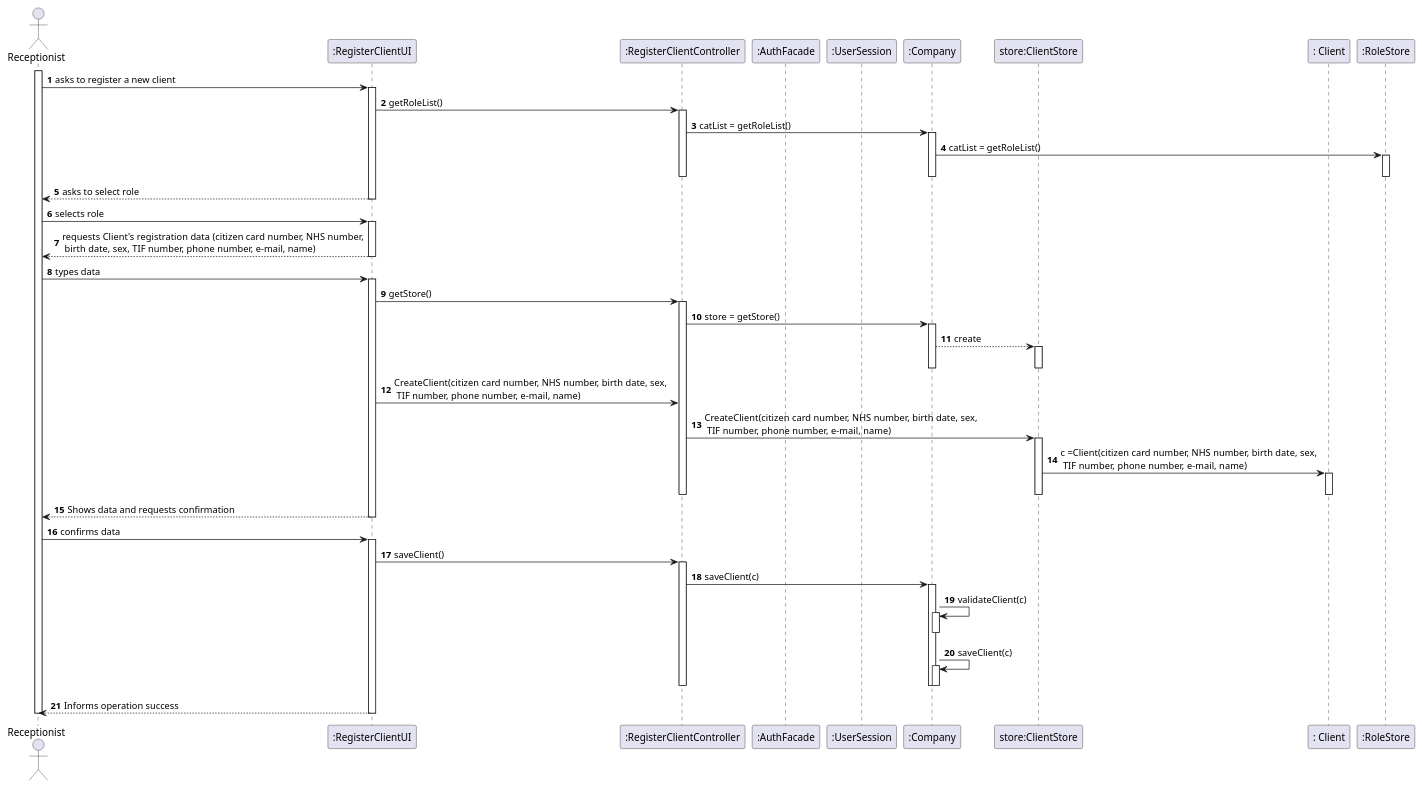
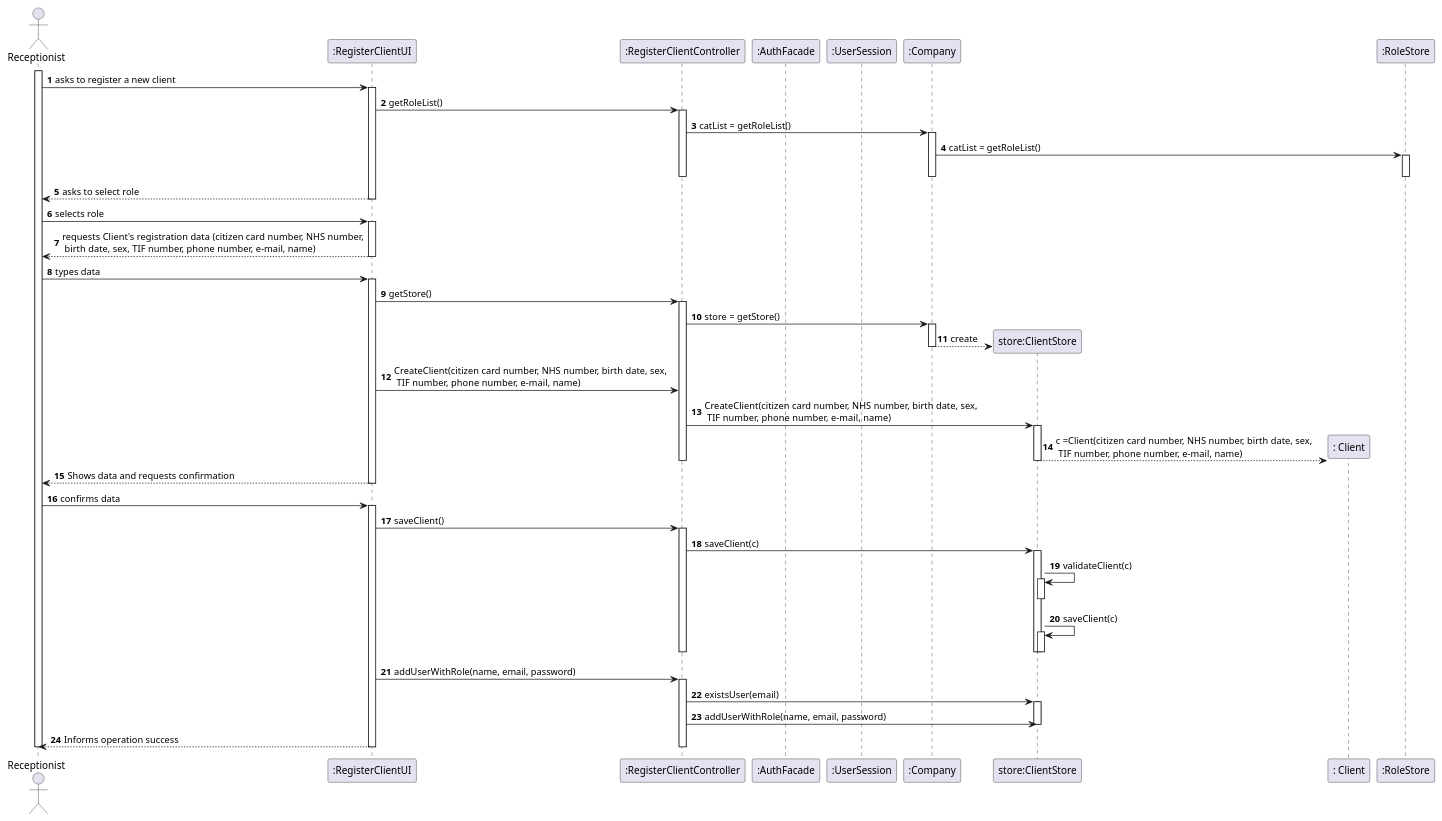
Before and after one commit to MarianaCLages/LAPR2: the diagram in docs/SprintB/US03/US3_SD.puml, drawn with PlantUML. The commit also changed 3 other files, not shown here.

```diff
--- a/docs/SprintB/US03/US3_SD.puml
+++ b/docs/SprintB/US03/US3_SD.puml
@@ -1,91 +1,94 @@
 @startuml
 autonumber
 
 actor Receptionist as R
 participant ":RegisterClientUI" as UI
 participant ":RegisterClientController" as CTRL
 participant ":AuthFacade" as Auth
 participant ":UserSession" as User
 participant ":Company" as COMPANY
 participant "store:ClientStore" as S
 participant ": Client" as C
 participant ":RoleStore" as RoleStore
 
 activate R
 R -> UI: asks to register a new client
 activate UI
 
 
 
 
 
 UI -> CTRL : getRoleList()
 
 activate CTRL
 CTRL -> COMPANY : catList = getRoleList()
 
 activate COMPANY
 
 COMPANY -> RoleStore : catList = getRoleList()
 activate RoleStore
 deactivate RoleStore
 deactivate COMPANY
 deactivate CTRL
 UI --> R: asks to select role
 deactivate UI
 R -> UI: selects role
 
 activate UI
 
 
 
 
 UI --> R: requests Client's registration data (citizen card number, NHS number,\n birth date, sex, TIF number, phone number, e-mail, name)
 
 deactivate UI
 R -> UI: types data
 activate UI
 UI -> CTRL : getStore()
 activate CTRL
 CTRL -> COMPANY: store = getStore()
 activate COMPANY
-COMPANY --> S: create
-activate S
-deactivate S
-
+COMPANY --> S**: create
 deactivate COMPANY
 CTRL <- UI: CreateClient(citizen card number, NHS number, birth date, sex,\n TIF number, phone number, e-mail, name)
 CTRL -> S:CreateClient(citizen card number, NHS number, birth date, sex,\n TIF number, phone number, e-mail, name)
 activate S
-S -> C: c =Client(citizen card number, NHS number, birth date, sex,\n TIF number, phone number, e-mail, name)
-activate C
-deactivate C
+S --> C**: c =Client(citizen card number, NHS number, birth date, sex,\n TIF number, phone number, e-mail, name)
+
 deactivate S
 
 
 deactivate CTRL
 
 R <-- UI: Shows data and requests confirmation
 deactivate UI
 R -> UI: confirms data
 activate UI
 UI-> CTRL : saveClient()
 activate CTRL
-CTRL -> COMPANY: saveClient(c)
-activate COMPANY
-COMPANY -> COMPANY : validateClient(c)
-activate COMPANY
-deactivate COMPANY
-COMPANY -> COMPANY : saveClient(c)
-activate COMPANY
-deactivate COMPANY
-deactivate COMPANY
+CTRL -> S: saveClient(c)
+activate S
+S -> S : validateClient(c)
+activate S
+deactivate S
+S -> S : saveClient(c)
+activate S
+deactivate S
+deactivate S
 deactivate CTRL
 
+UI -> CTRL : addUserWithRole(name, email, password)
+activate CTRL
+
+CTRL -> S: existsUser(email)
+activate S
+CTRL -> S: addUserWithRole(name, email, password)
+deactivate S
 
 UI --> R : Informs operation success
 deactivate CTRL
 deactivate UI
 deactivate R
 
 @enduml
```
